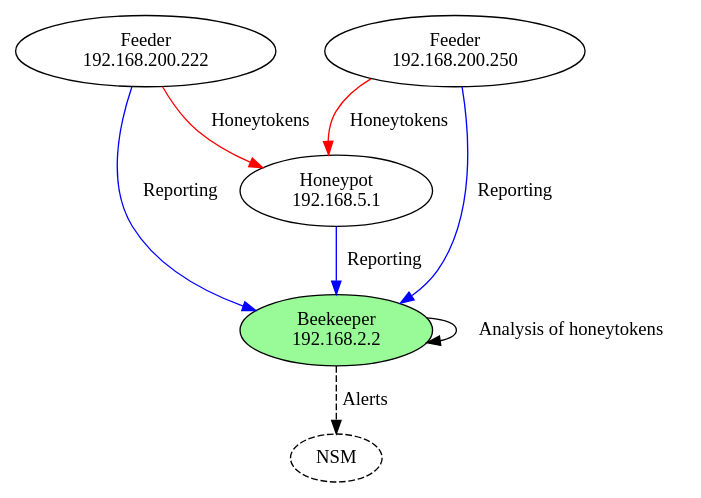
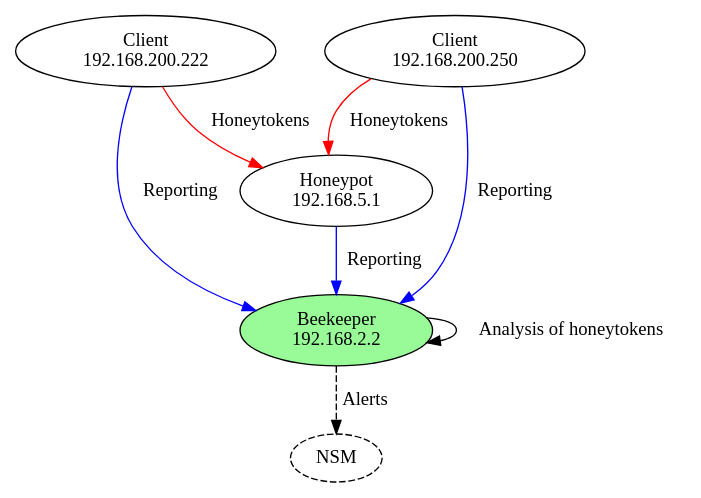
One commit to johnnykv/heralding changed the diagram in docs/quickstart.rst. Above: the diagram before and after it, drawn with Graphviz. The commit also changed 82 other files, not shown here.

First line of the commit message:
rename: Feeder -> Client

```diff
--- a/docs/quickstart.rst
+++ b/docs/quickstart.rst
@@ -7,17 +7,17 @@
 .. digraph:: overview
 
     hive_a -> beekeeper [label="Reporting",color= "blue"];
     feeder_a -> beekeeper [label="Reporting",color= "blue"];
     feeder_b -> beekeeper [label="Reporting",color= "blue"];
 
     feeder_a -> hive_a [label="Honeytokens",color= "red"];
     feeder_b -> hive_a [label="Honeytokens",color= "red"]
 
     beekeeper -> nsm [label="Alerts", style="dashed"]
     beekeeper -> beekeeper [label="Analysis of honeytokens"];
 
     hive_a [label="Honeypot\n192.168.5.1"];
     beekeeper [label="Beekeeper\n192.168.2.2", fillcolor="palegreen", style="filled"];
-    feeder_a [label="Feeder\n192.168.200.222"];
-    feeder_b [label="Feeder\n192.168.200.250"];
+    feeder_a [label="Client\n192.168.200.222"];
+    feeder_b [label="Client\n192.168.200.250"];
     nsm [label="NSM", style="dashed"]
```
